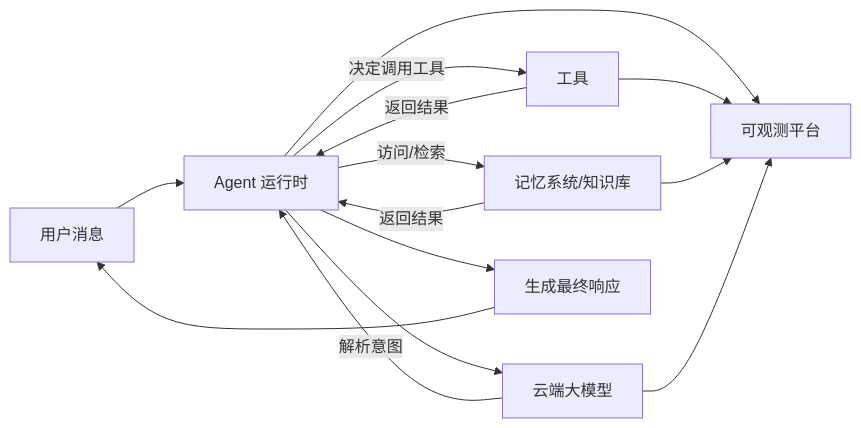
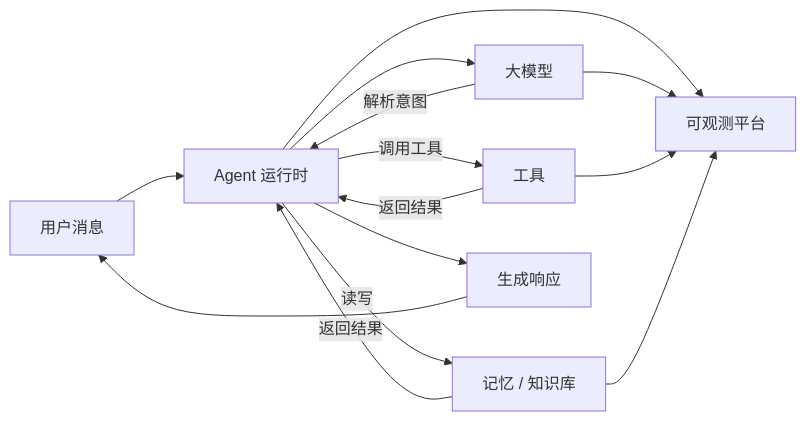
Before and after one commit to volcengine/veadk-python: the second of 2 diagrams in docs/content/docs/framework/introduction.mdx, drawn with Mermaid. The commit also changed other lines of this file and 117 other files, not shown here.

````diff
--- a/docs/content/docs/framework/introduction.mdx
+++ b/docs/content/docs/framework/introduction.mdx
@@ -62,21 +48,13 @@
 ```mermaid
 flowchart LR
     A[用户消息] --> B[Agent 运行时]
-
-    B --> C[云端大模型]
+    B --> C[大模型]
     C -->|解析意图| B
-
-    B -->|决定调用工具| D[工具]
+    B -->|调用工具| D[工具]
     D -->|返回结果| B
-
-    B -->|访问/检索| E[记忆系统/知识库]
+    B -->|读写| E[记忆 / 知识库]
     E -->|返回结果| B
-
-    B --> F[生成最终响应]
+    B --> F[生成响应]
     F --> A
-
-    B --> G[可观测平台]
-    D --> G
-    E --> G
-    C --> G
+    B & C & D & E --> G[可观测平台]
 ```
````
